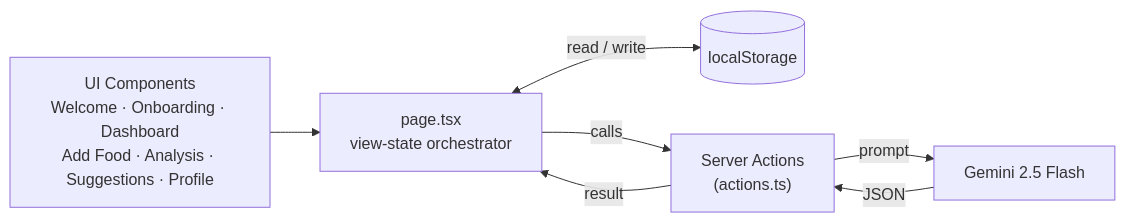
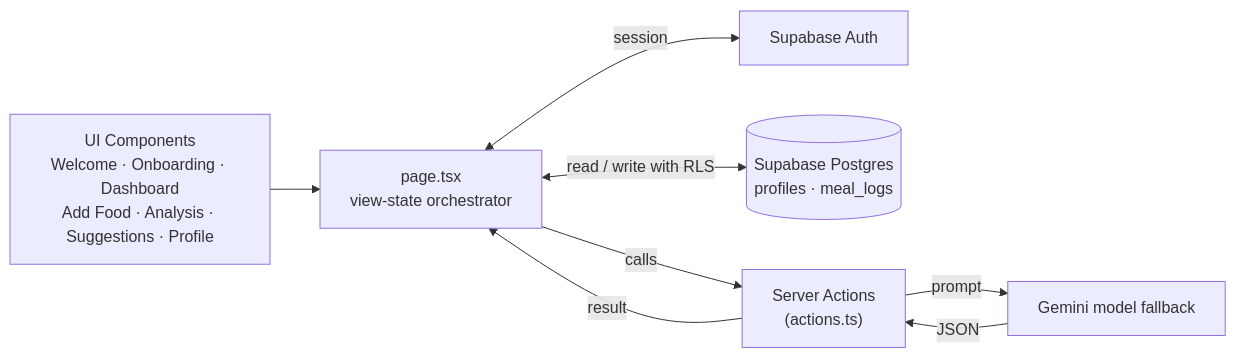
The second of 2 diagrams in README.md (Blazikrypt/Nutrino), drawn with Mermaid before and after one commit. The commit also changed other lines of this file and 26 other files, not shown here.

````diff
--- a/README.md
+++ b/README.md
@@ -61,16 +58,18 @@
 ```mermaid
 graph LR
     UI["UI Components<br/>Welcome · Onboarding · Dashboard<br/>Add Food · Analysis · Suggestions · Profile"]
     STATE["page.tsx<br/>view-state orchestrator"]
-    LS[("localStorage")]
+    AUTH["Supabase Auth"]
+    DB[("Supabase Postgres<br/>profiles · meal_logs")]
     SA["Server Actions<br/>(actions.ts)"]
-    G["Gemini 2.5 Flash"]
+    G["Gemini model fallback"]
 
     UI --> STATE
-    STATE <-->|read / write| LS
+    STATE <-->|session| AUTH
+    STATE <-->|read / write with RLS| DB
     STATE -->|calls| SA
     SA -->|prompt| G
     G -->|JSON| SA
     SA -->|result| STATE
 
 ```
````
